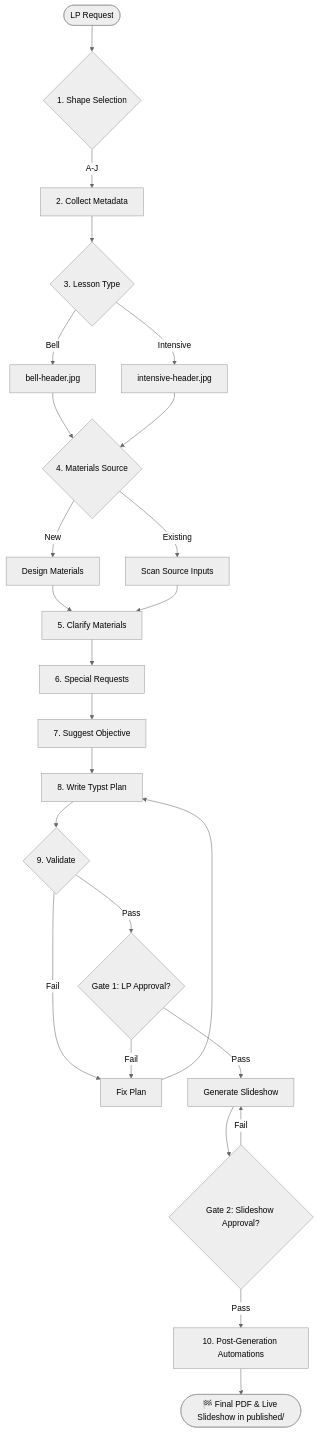
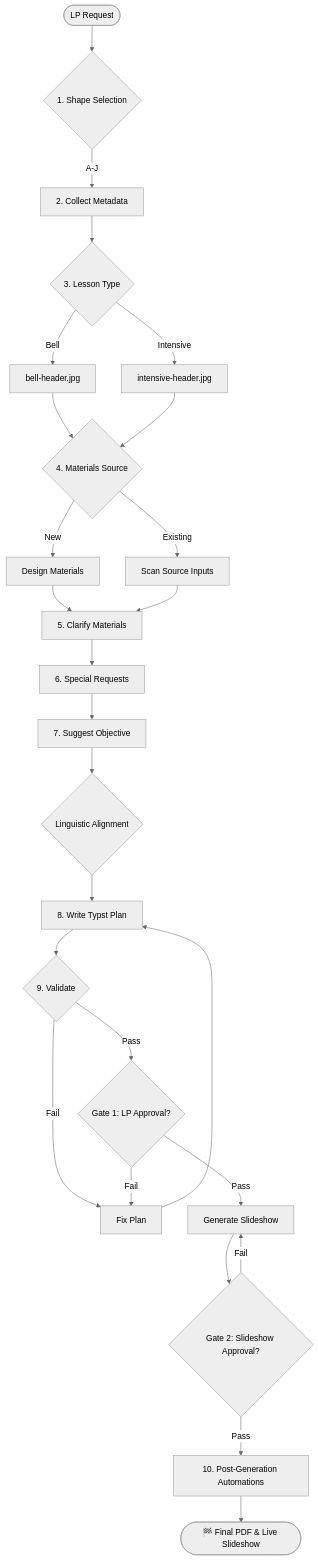
The diagram in skills/writing-lesson-plans/SKILL.md (elwrush/actions-gh-pages), drawn with Mermaid (neutral theme) before and after one commit. The commit also changed other lines of this file and 193 other files, not shown here.

````diff
--- a/skills/writing-lesson-plans/SKILL.md
+++ b/skills/writing-lesson-plans/SKILL.md
@@ -20,33 +20,35 @@
 ```mermaid
 graph TD
     Start([LP Request]) --> Shape{1. Shape Selection}
     Shape -->|A-J| Metadata[2. Collect Metadata]
     Metadata --> Type{3. Lesson Type}
     
     Type -->|Bell| HeaderBell[bell-header.jpg]
     Type -->|Intensive| HeaderInt[intensive-header.jpg]
     
     HeaderBell & HeaderInt --> Source{4. Materials Source}
     Source -->|New| H[Design Materials]
     Source -->|Existing| I[Scan Source Inputs]
     
     H & I --> Clarify[5. Clarify Materials]
     Clarify --> Special[6. Special Requests]
     Special --> Suggest[7. Suggest Objective]
-    Suggest --> Write[8. Write Typst Plan]
+    
+    Suggest --> Align{Linguistic Alignment}
+    Align --> Write[8. Write Typst Plan]
     
     Write --> Validate{9. Validate}
     Validate -->|Fail| Fix[Fix Plan]
     Fix --> Write
     
     Validate -->|Pass| ApproveLP{Gate 1: LP Approval?}
     ApproveLP -->|Fail| Fix
     
     ApproveLP -->|Pass| Slideshow[Generate Slideshow]
     Slideshow --> ApproveSlides{Gate 2: Slideshow Approval?}
     
     ApproveSlides -->|Fail| Slideshow
     ApproveSlides -->|Pass| Automate[10. Post-Generation Automations]
     
-    Automate --> Finish([🏁 Final PDF & Live Slideshow in published/])
+    Automate --> Finish([🏁 Final PDF & Live Slideshow])
 ```
````
